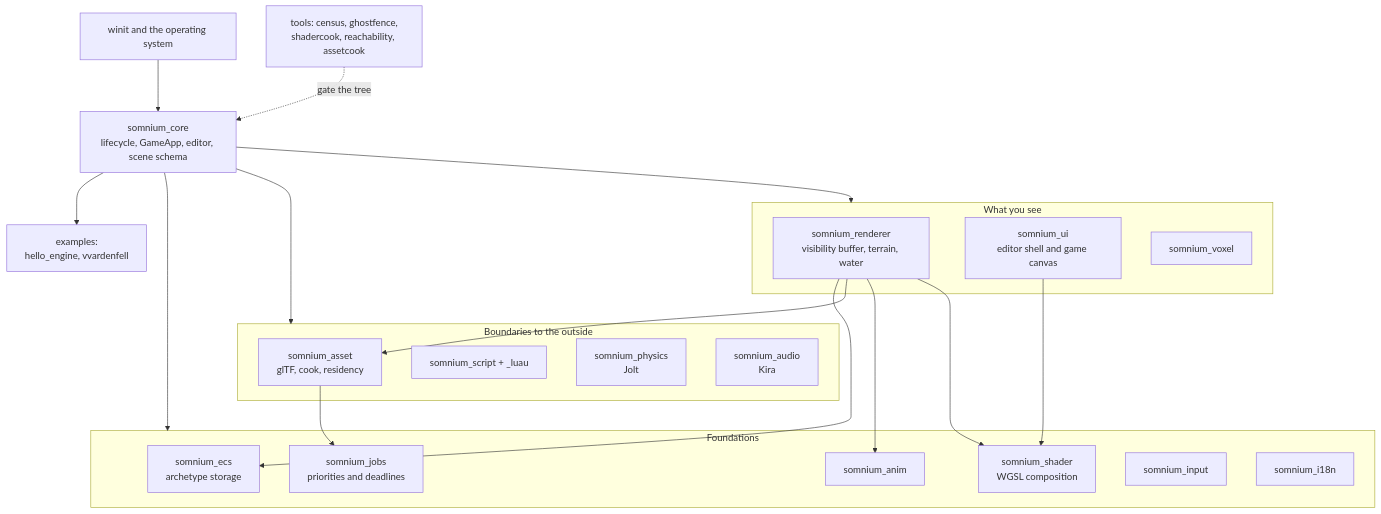
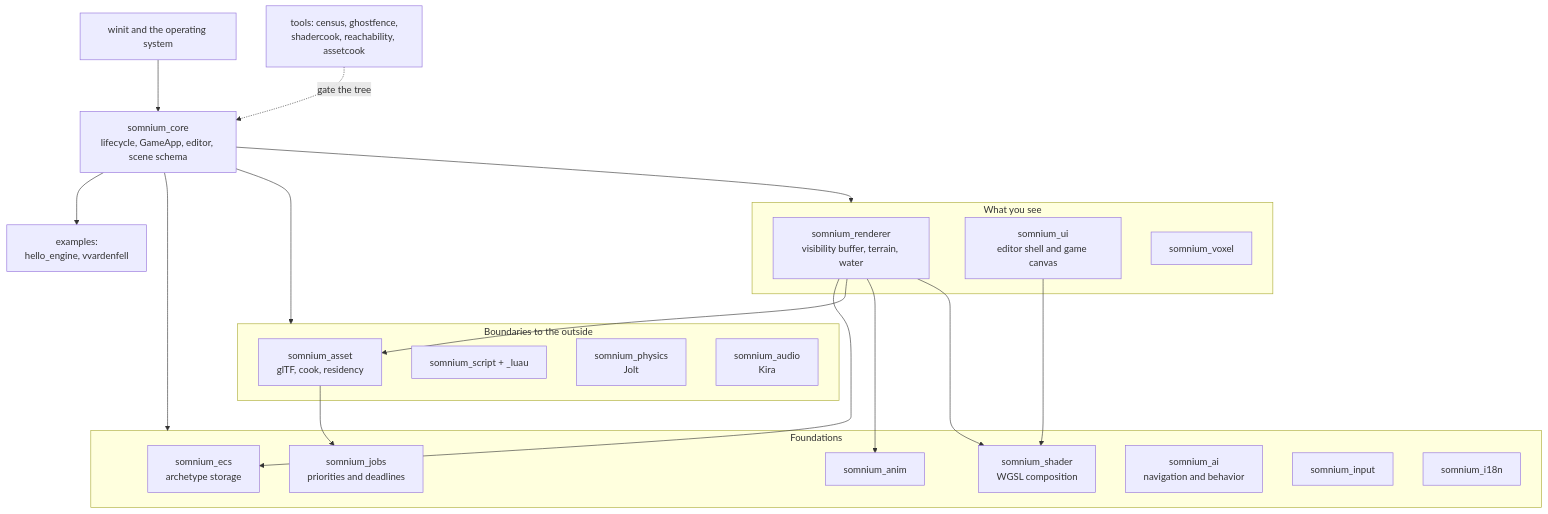
The first of 3 diagrams in README.md (ReanSchwarzer1/SomniumEngine), drawn with Mermaid before and after one commit. The commit also changed other lines of this file and 104 other files, not shown here.

````diff
--- a/README.md
+++ b/README.md
@@ -61,39 +62,40 @@
 ```mermaid
 flowchart TB
     OS["winit and the operating system"] --> CORE["somnium_core<br/>lifecycle, GameApp, editor, scene schema"]
 
     subgraph Foundation["Foundations"]
         ECS["somnium_ecs<br/>archetype storage"]
         JOBS["somnium_jobs<br/>priorities and deadlines"]
         SHADER["somnium_shader<br/>WGSL composition"]
         ANIM["somnium_anim"]
+        AI["somnium_ai<br/>navigation and behavior"]
         INPUT["somnium_input"]
         I18N["somnium_i18n"]
     end
 
     subgraph Boundaries["Boundaries to the outside"]
         ASSET["somnium_asset<br/>glTF, cook, residency"]
         SCRIPT["somnium_script + _luau"]
         PHYS["somnium_physics<br/>Jolt"]
         AUDIO["somnium_audio<br/>Kira"]
     end
 
     subgraph Present["What you see"]
         RENDER["somnium_renderer<br/>visibility buffer, terrain, water"]
         UI["somnium_ui<br/>editor shell and game canvas"]
         VOXEL["somnium_voxel"]
     end
 
     CORE --> Foundation
     CORE --> Boundaries
     CORE --> Present
     RENDER --> ECS
     RENDER --> ASSET
     RENDER --> ANIM
     RENDER --> SHADER
     UI --> SHADER
     ASSET --> JOBS
 
     CORE --> GAMES["examples:<br/>hello_engine, vvardenfell"]
     TOOLS["tools: census, ghostfence,<br/>shadercook, reachability, assetcook"] -.->|"gate the tree"| CORE
 ```
````
